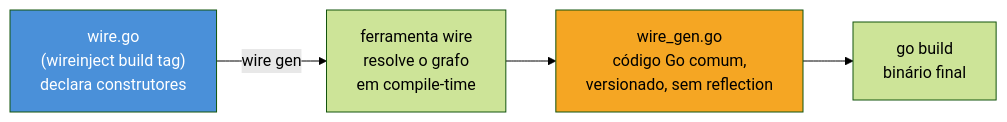
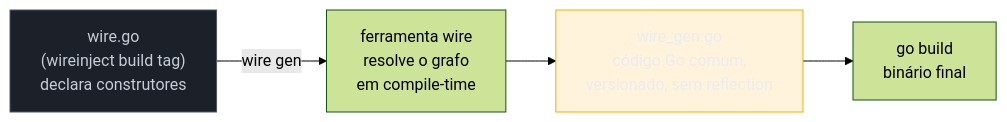
The second of 2 diagrams in 03-Dominios/Tecnologia/Go/14 - Microservices e arquitetura/03 - Dependency injection.md (josenaldo/codex-technomanticus), drawn with Mermaid (forest theme) before and after one commit. The commit also changed other lines of this file and 1181 other files, not shown here.

First line of the commit message:
fix(diagramas): paleta do sistema no lugar de cor cravada no markdown

````diff
--- a/03-Dominios/Tecnologia/Go/14 - Microservices e arquitetura/03 - Dependency injection.md
+++ b/03-Dominios/Tecnologia/Go/14 - Microservices e arquitetura/03 - Dependency injection.md
@@ -197,9 +199,11 @@
 ```mermaid
 flowchart LR
+    classDef neutro fill:#1B2029,stroke:#4E5666,color:#C6CCD8
+    classDef destaque fill:#FFAA0024,stroke:#FFAA00,color:#E9ECF2
     A["wire.go\n(wireinject build tag)\ndeclara construtores"] -->|"wire gen"| B["ferramenta wire\nresolve o grafo\nem compile-time"]
     B --> C["wire_gen.go\ncódigo Go comum,\nversionado, sem reflection"]
     C --> D["go build\nbinário final"]
 
-    style A fill:#4A90D9,color:#fff
-    style C fill:#F5A623,color:#000
+    class A neutro
+    class C destaque
 ```
````
